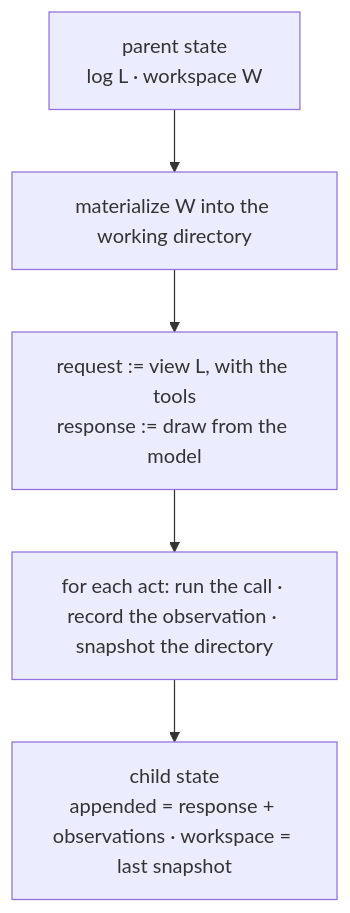
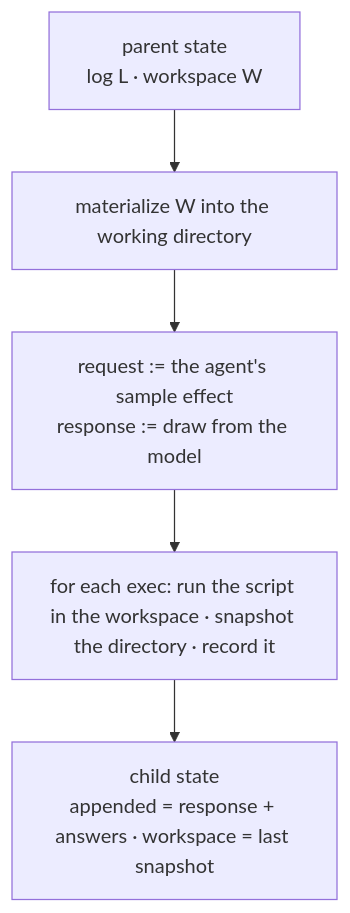
Before and after one commit to pku-xht/alaya: the third of 9 diagrams in docs/trajectory-schema.md, drawn with Mermaid. The commit also changed other lines of this file and 48 other files, not shown here.

First line of the commit message:
Make the agent a function from the log to an effect or an outcome, and store states as their types

````diff
--- a/docs/trajectory-schema.md
+++ b/docs/trajectory-schema.md
@@ -144,9 +157,9 @@
 ```mermaid
 flowchart TD
   P["parent state<br/>log L · workspace W"]
   M["materialize W into the working directory"]
-  R["request := view L, with the tools<br/>response := draw from the model"]
-  A["for each act: run the call · record the observation · snapshot the directory"]
-  C["child state<br/>appended = response + observations · workspace = last snapshot"]
+  R["request := the agent's sample effect<br/>response := draw from the model"]
+  A["for each exec: run the script in the workspace · snapshot the directory · record it"]
+  C["child state<br/>appended = response + answers · workspace = last snapshot"]
   P --> M --> R --> A --> C
 ```
````
